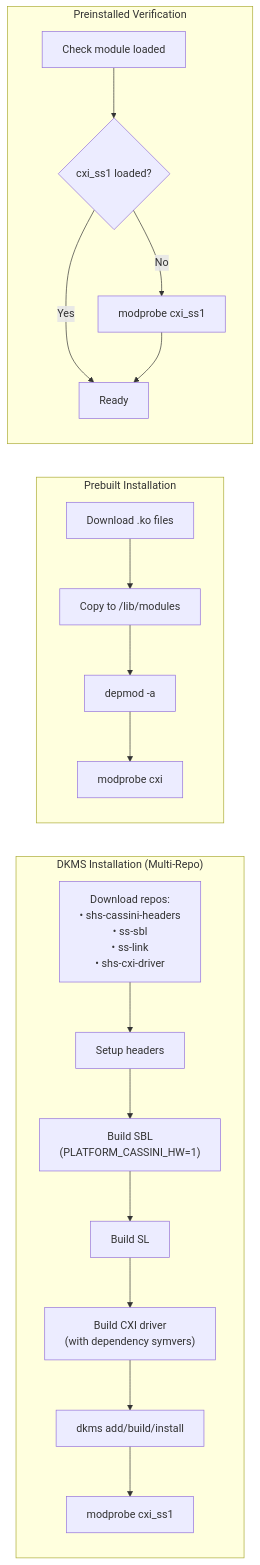
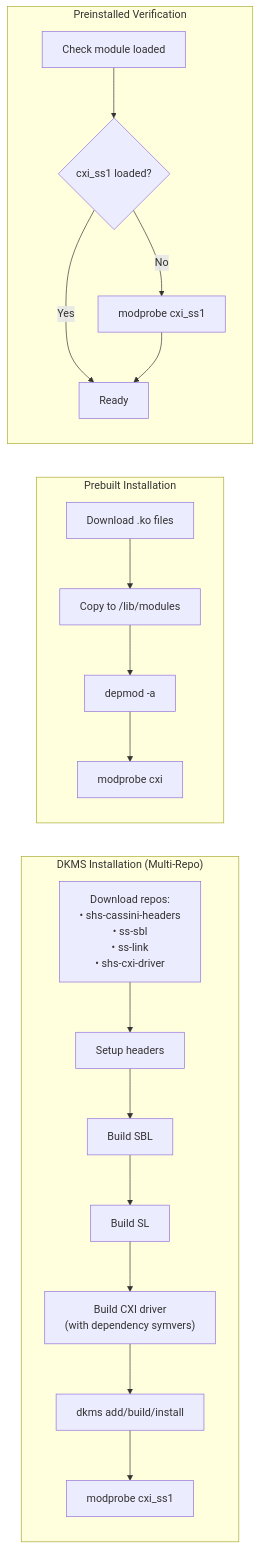
Before and after one commit to sielicki/slingshot-operator: the fourth of 4 diagrams in README.md, drawn with Mermaid. The commit also changed other lines of this file and 1 other file, not shown here.

````diff
--- a/README.md
+++ b/README.md
@@ -234,27 +234,27 @@
 ```mermaid
 flowchart LR
     subgraph DKMS["DKMS Installation (Multi-Repo)"]
         direction TB
         D0["Download repos:<br/>• shs-cassini-headers<br/>• ss-sbl<br/>• ss-link<br/>• shs-cxi-driver"] --> D1["Setup headers"]
-        D1 --> D2["Build SBL<br/>(PLATFORM_CASSINI_HW=1)"]
+        D1 --> D2["Build SBL"]
         D2 --> D3["Build SL"]
         D3 --> D4["Build CXI driver<br/>(with dependency symvers)"]
         D4 --> D5["dkms add/build/install"]
         D5 --> D6["modprobe cxi_ss1"]
     end
 
     subgraph Prebuilt["Prebuilt Installation"]
         direction TB
         P1["Download .ko files"] --> P2["Copy to /lib/modules"]
         P2 --> P3["depmod -a"]
         P3 --> P4["modprobe cxi"]
     end
 
     subgraph Preinstalled["Preinstalled Verification"]
         direction TB
         V1["Check module loaded"] --> V2{"cxi_ss1 loaded?"}
         V2 -->|No| V3["modprobe cxi_ss1"]
         V2 -->|Yes| V4["Ready"]
         V3 --> V4
     end
 ```
````
